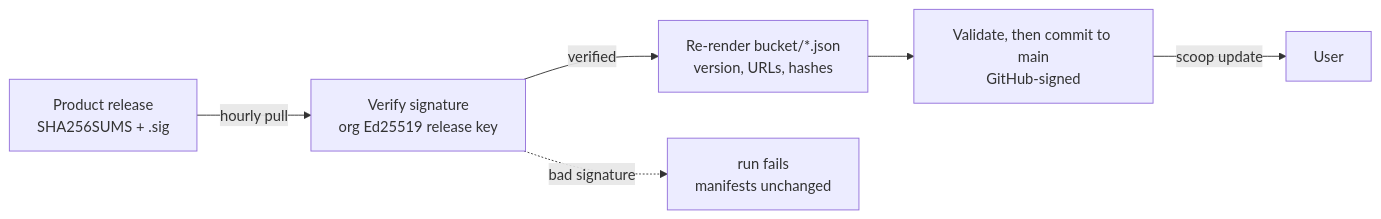
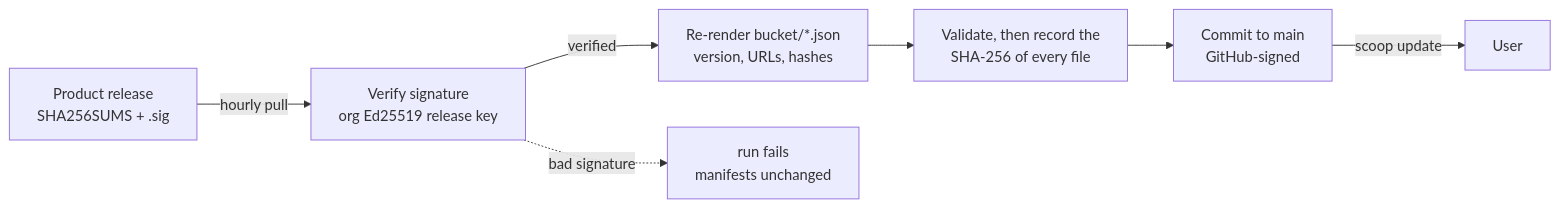
Before and after one commit to Glyndor/scoop-bucket: the diagram in README.md, drawn with Mermaid. The commit also changed other lines of this file and 13 other files, not shown here.

````diff
--- a/README.md
+++ b/README.md
@@ -49,8 +49,9 @@
 ```mermaid
 flowchart LR
   R["Product release<br/>SHA256SUMS + .sig"] -->|hourly pull| V["Verify signature<br/>org Ed25519 release key"]
   V -->|verified| G["Re-render bucket/*.json<br/>version, URLs, hashes"]
-  G --> C["Validate, then commit to main<br/>GitHub-signed"]
+  G --> D["Validate, then record the<br/>SHA-256 of every file"]
+  D --> C["Commit to main<br/>GitHub-signed"]
   C -->|scoop update| U["User"]
   V -.->|bad signature| X["run fails<br/>manifests unchanged"]
 ```
````
